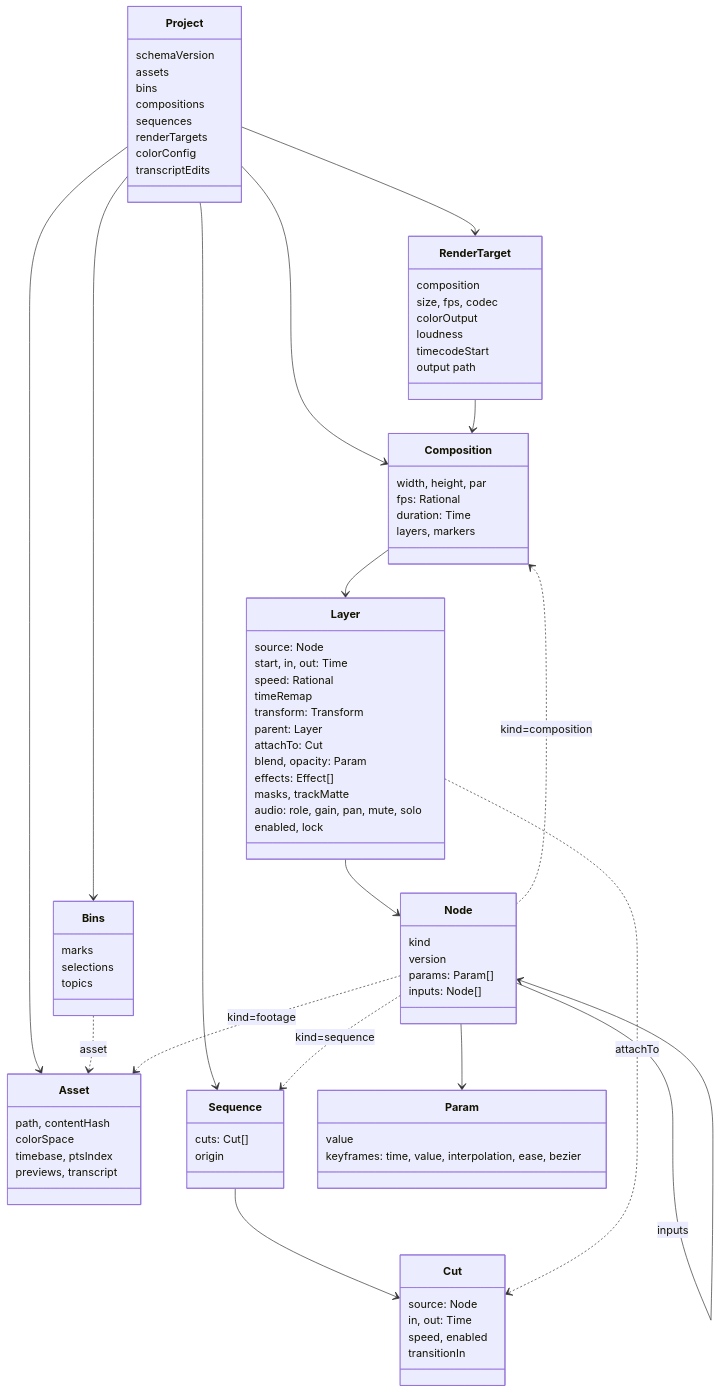
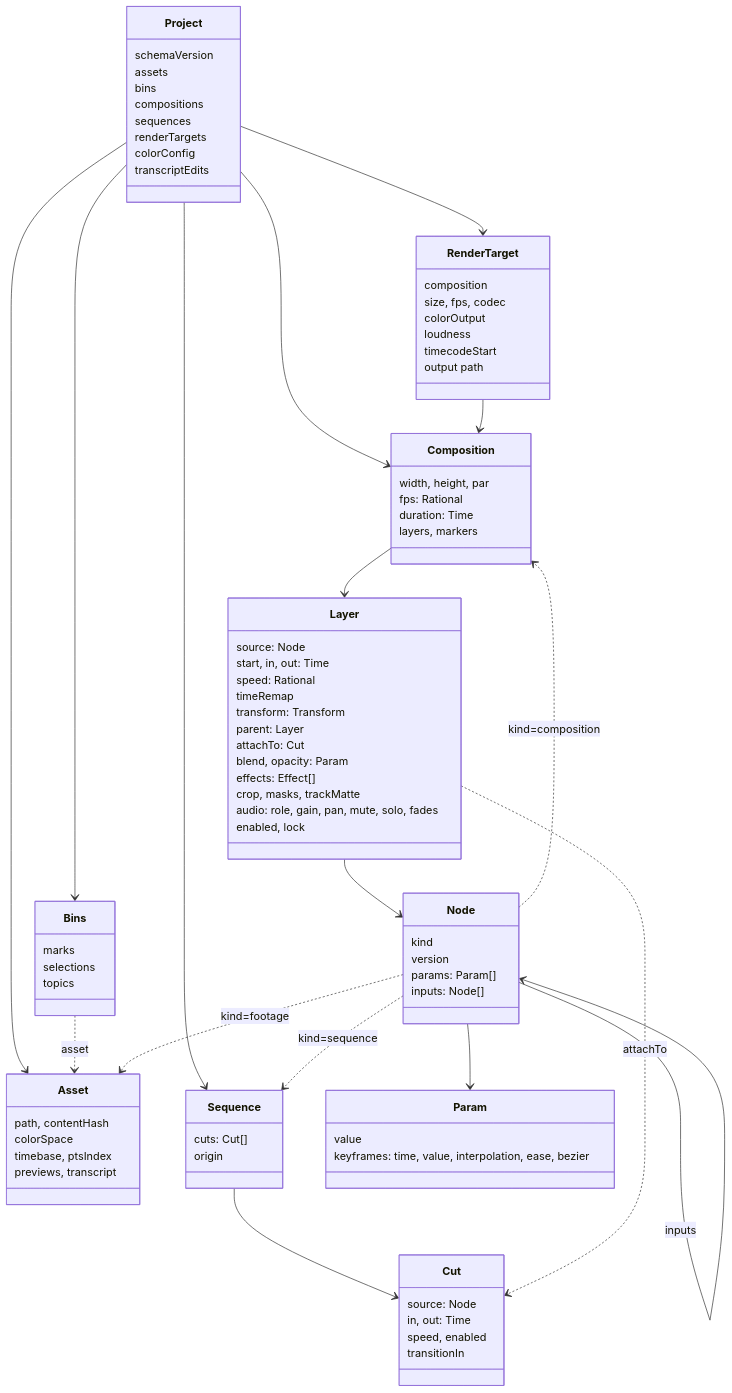
Before and after one commit to Durun/claude-marketplace: the diagram in movie-maker/docs/design/03-data-model.md, drawn with Mermaid. The commit also changed other lines of this file and 4 other files, not shown here.

```diff
--- a/movie-maker/docs/design/03-data-model.md
+++ b/movie-maker/docs/design/03-data-model.md
@@ -39,8 +39,8 @@
     attachTo: Cut
     blend, opacity: Param
     effects: Effect[]
-    masks, trackMatte
-    audio: role, gain, pan, mute, solo
+    crop, masks, trackMatte
+    audio: role, gain, pan, mute, solo, fades
     enabled, lock
   }
   class Sequence {
```
